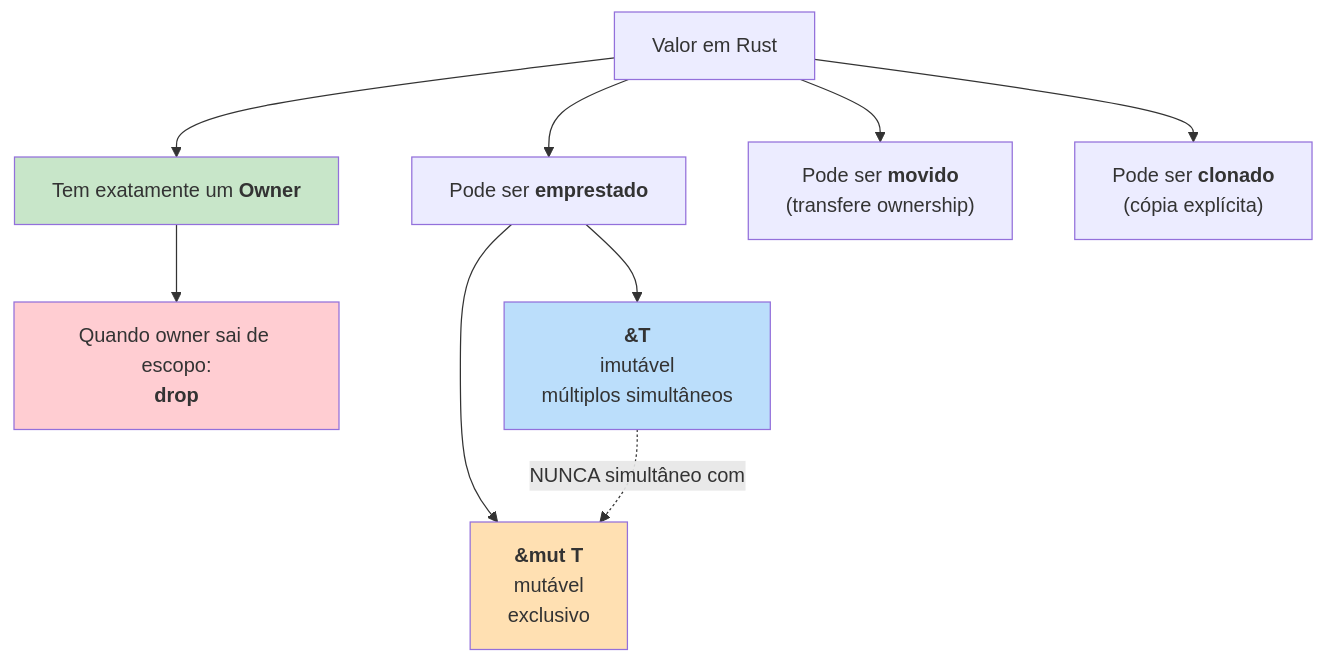
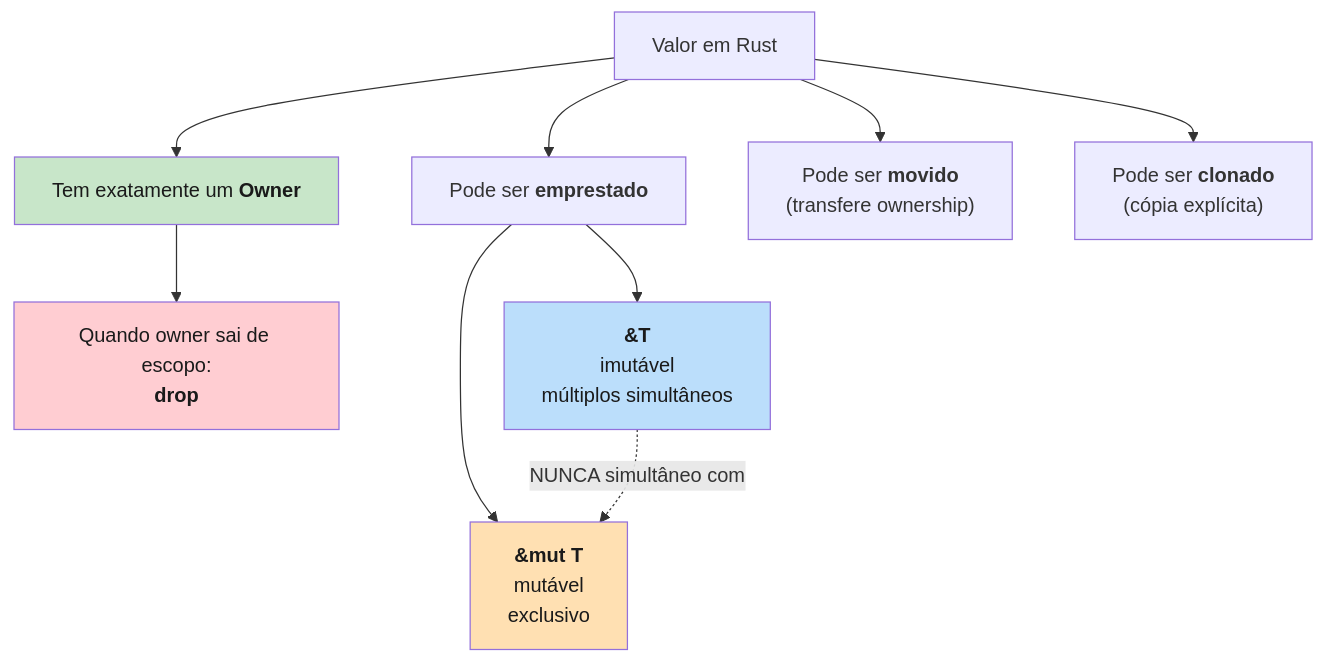
One commit to Felipeness/ferro-e-espirito changed the second of 2 diagrams in book/part-01-genesis/ch03-modelo-mental-ownership.md. Above: the diagram before and after it, drawn with Mermaid. The commit also changed other lines of this file and 56 other files, not shown here.

First line of the commit message:
fix: contraste de texto em diagramas mermaid

````diff
--- a/book/part-01-genesis/ch03-modelo-mental-ownership.md
+++ b/book/part-01-genesis/ch03-modelo-mental-ownership.md
@@ -297,21 +297,21 @@
 ```mermaid
 graph TB
     V["Valor em Rust"]
 
     V --> O["Tem exatamente um <b>Owner</b>"]
     O --> S["Quando owner sai de escopo:<br/><b>drop</b>"]
 
     V --> B["Pode ser <b>emprestado</b>"]
     B --> I["<b>&T</b><br/>imutável<br/>múltiplos simultâneos"]
     B --> M["<b>&mut T</b><br/>mutável<br/>exclusivo"]
 
     I -.NUNCA simultâneo com.-> M
 
     V --> Mv["Pode ser <b>movido</b><br/>(transfere ownership)"]
     V --> Cl["Pode ser <b>clonado</b><br/>(cópia explícita)"]
 
-    style O fill:#c8e6c9
-    style I fill:#bbdefb
-    style M fill:#ffe0b2
-    style S fill:#ffcdd2
+    style O fill:#c8e6c9,color:#1a1a1a
+    style I fill:#bbdefb,color:#1a1a1a
+    style M fill:#ffe0b2,color:#1a1a1a
+    style S fill:#ffcdd2,color:#1a1a1a
 ```
````
